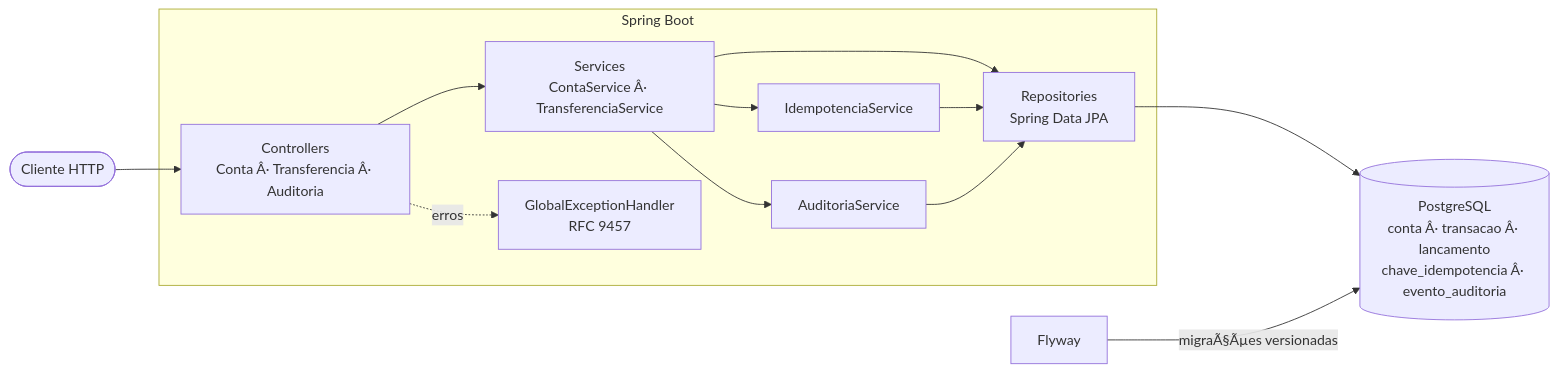
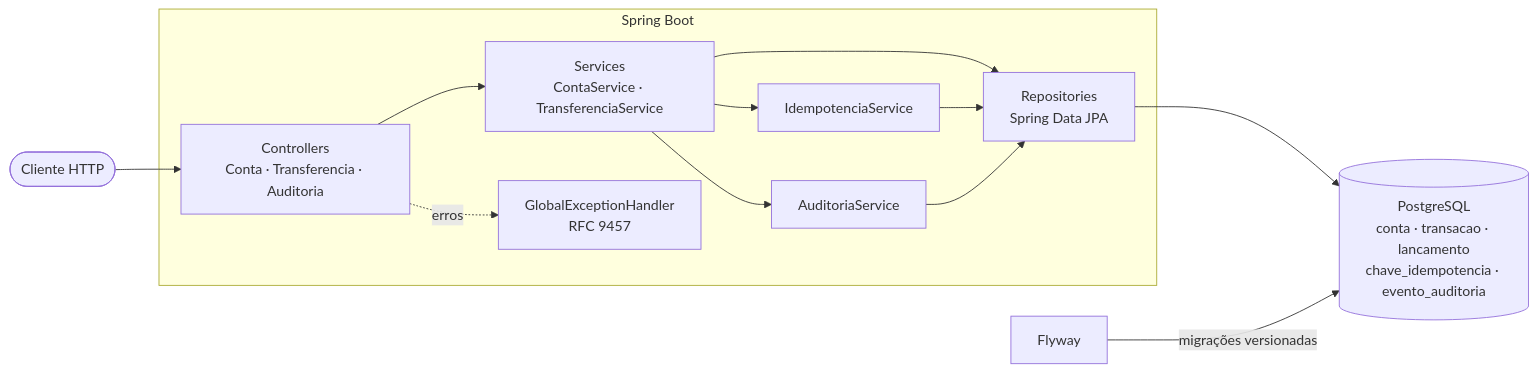
One commit to gabrielgmln-ops/Projeto-B-A changed the first of 2 diagrams in README.md. Above: the diagram before and after it, drawn with Mermaid. The commit also changed other lines of this file and 8 other files, not shown here.

````diff
--- a/README.md
+++ b/README.md
@@ -11,23 +11,23 @@
 ```mermaid
 flowchart LR
     Cliente([Cliente HTTP]) --> C
 
     subgraph API [Spring Boot]
-        C[Controllers<br/>Conta Â· Transferencia Â· Auditoria]
-        S[Services<br/>ContaService Â· TransferenciaService]
+        C[Controllers<br/>Conta · Transferencia · Auditoria]
+        S[Services<br/>ContaService · TransferenciaService]
         I[IdempotenciaService]
         A[AuditoriaService]
         R[Repositories<br/>Spring Data JPA]
         E[GlobalExceptionHandler<br/>RFC 9457]
         C --> S
         S --> I
         S --> A
         S --> R
         I --> R
         A --> R
         C -.erros.-> E
     end
 
-    R --> DB[(PostgreSQL<br/>conta Â· transacao Â· lancamento<br/>chave_idempotencia Â· evento_auditoria)]
-    F[Flyway] -->|migraÃ§Ãµes versionadas| DB
+    R --> DB[(PostgreSQL<br/>conta · transacao · lancamento<br/>chave_idempotencia · evento_auditoria)]
+    F[Flyway] -->|migrações versionadas| DB
 ```
````
